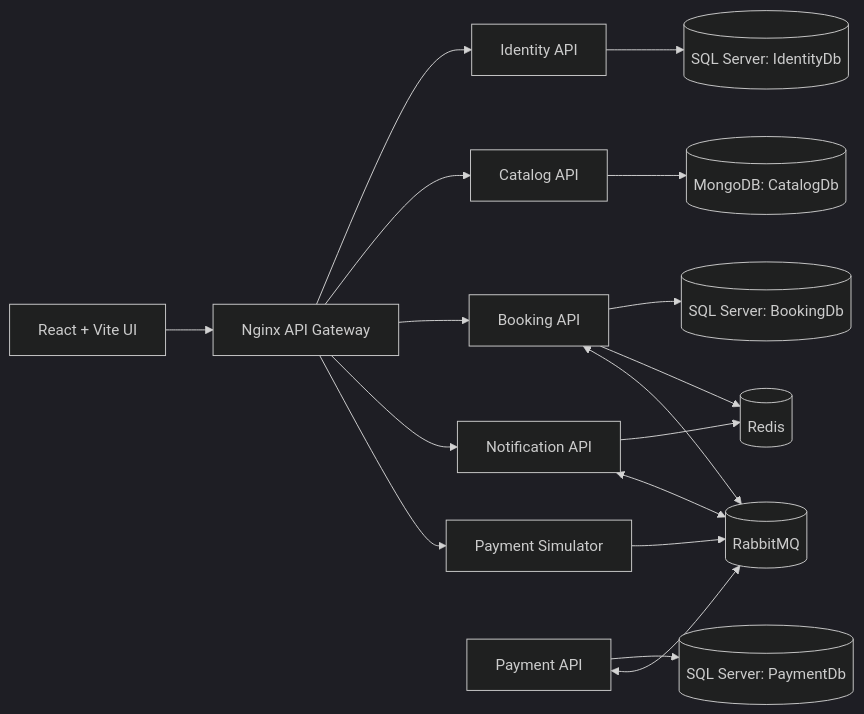
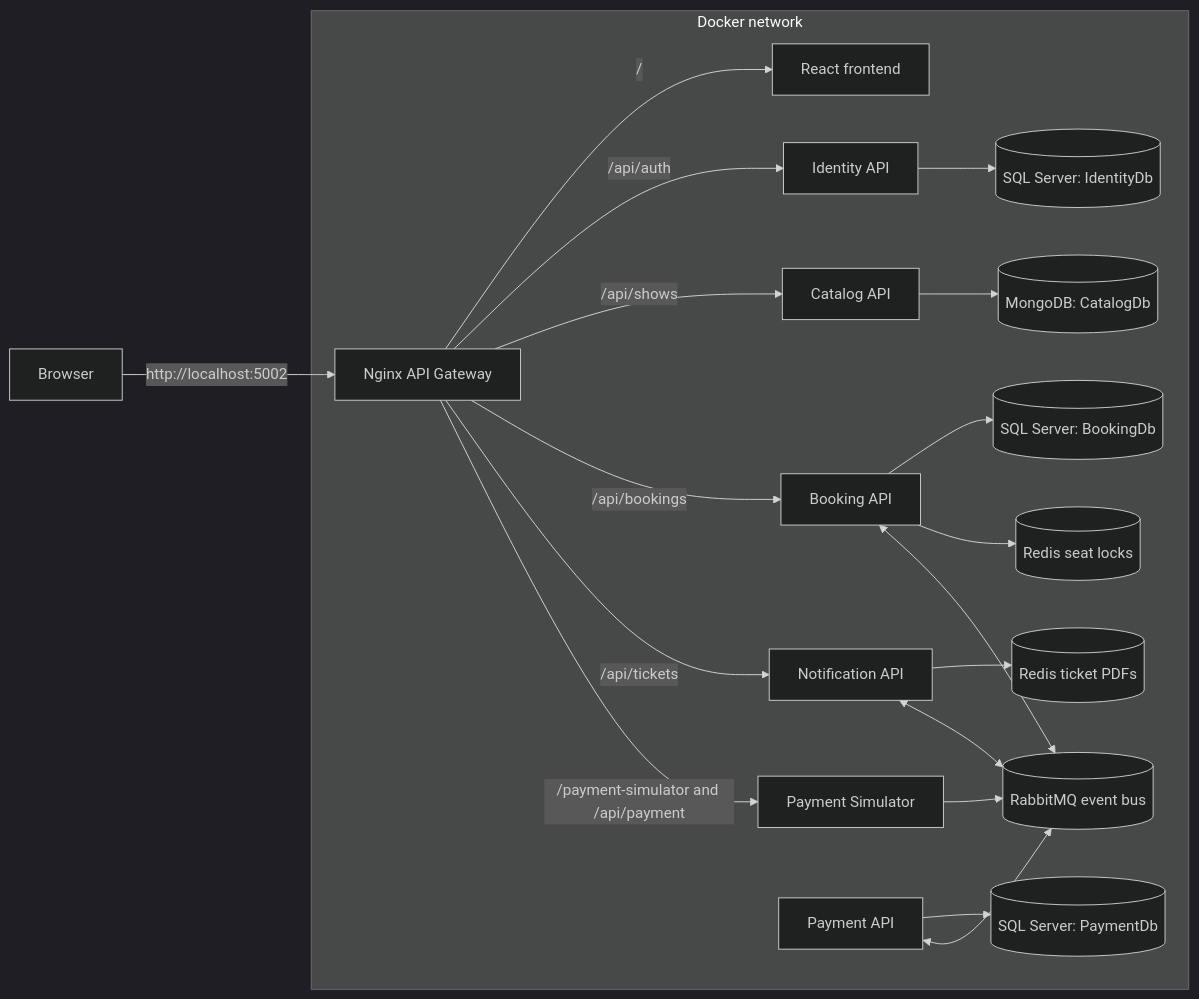
Before and after one commit to jayaprakashramaraj/TicketBooking: the first of 4 diagrams in README.md, drawn with Mermaid (dark theme). The commit also changed other lines of this file and 16 other files, not shown here.

````diff
--- a/README.md
+++ b/README.md
@@ -31,22 +31,25 @@
 ```mermaid
 flowchart LR
-    UI[React + Vite UI] --> NGINX[Nginx API Gateway]
+    Browser[Browser] -->|http://localhost:5002| Gateway[Nginx API Gateway]
 
-    NGINX --> Identity[Identity API]
-    NGINX --> Catalog[Catalog API]
-    NGINX --> Booking[Booking API]
-    NGINX --> Notification[Notification API]
-    NGINX --> Simulator[Payment Simulator]
+    subgraph DockerNetwork[Docker network]
+        Gateway -->|/| UI[React frontend]
+        Gateway -->|/api/auth| Identity[Identity API]
+        Gateway -->|/api/shows| Catalog[Catalog API]
+        Gateway -->|/api/bookings| Booking[Booking API]
+        Gateway -->|/api/tickets| Notification[Notification API]
+        Gateway -->|/payment-simulator and /api/payment| Simulator[Payment Simulator]
 
-    Identity --> IdentityDb[(SQL Server: IdentityDb)]
-    Catalog --> CatalogDb[(MongoDB: CatalogDb)]
-    Booking --> BookingDb[(SQL Server: BookingDb)]
-    Booking --> Redis[(Redis)]
-    Payment[Payment API] --> PaymentDb[(SQL Server: PaymentDb)]
-    Notification --> Redis
+        Identity --> IdentityDb[(SQL Server: IdentityDb)]
+        Catalog --> CatalogDb[(MongoDB: CatalogDb)]
+        Booking --> BookingDb[(SQL Server: BookingDb)]
+        Booking --> Redis[(Redis seat locks)]
+        Payment[Payment API] --> PaymentDb[(SQL Server: PaymentDb)]
+        Notification --> TicketCache[(Redis ticket PDFs)]
 
-    Booking <--> RabbitMQ[(RabbitMQ)]
-    Payment <--> RabbitMQ
-    Notification <--> RabbitMQ
-    Simulator --> RabbitMQ
+        Booking <--> RabbitMQ[(RabbitMQ event bus)]
+        Payment <--> RabbitMQ
+        Notification <--> RabbitMQ
+        Simulator --> RabbitMQ
+    end
 ```
````
